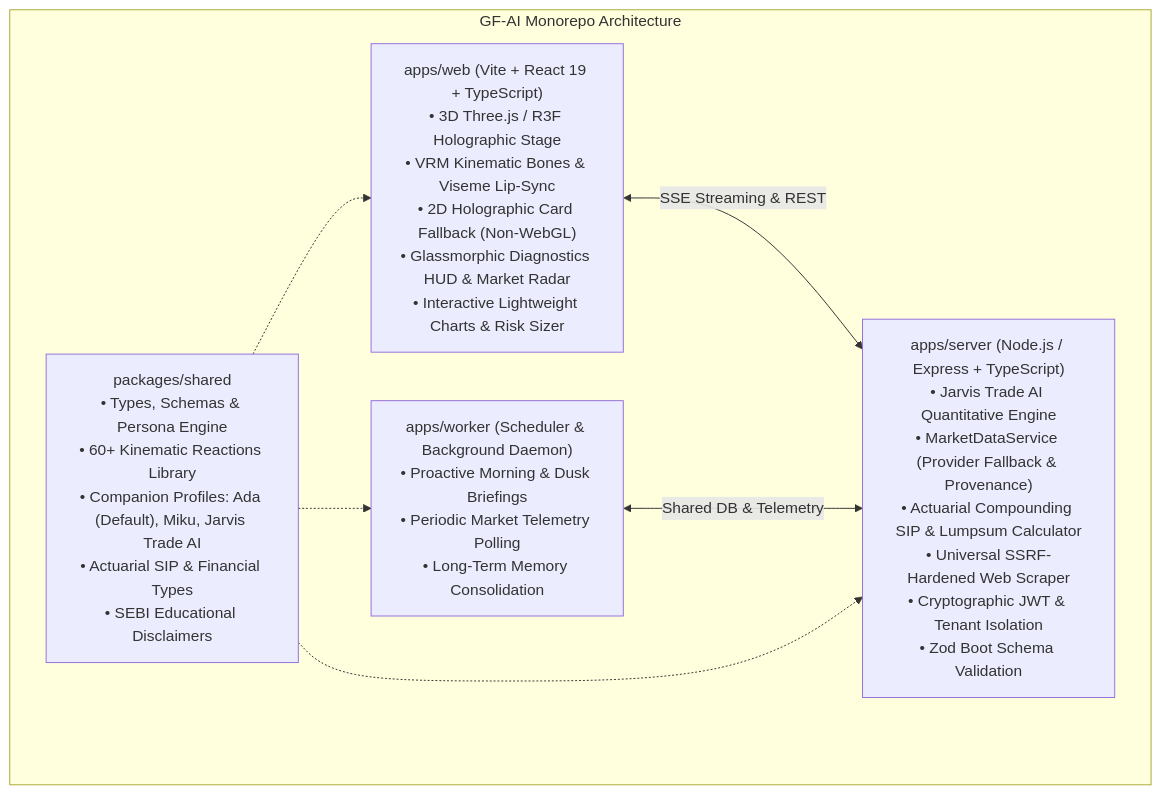
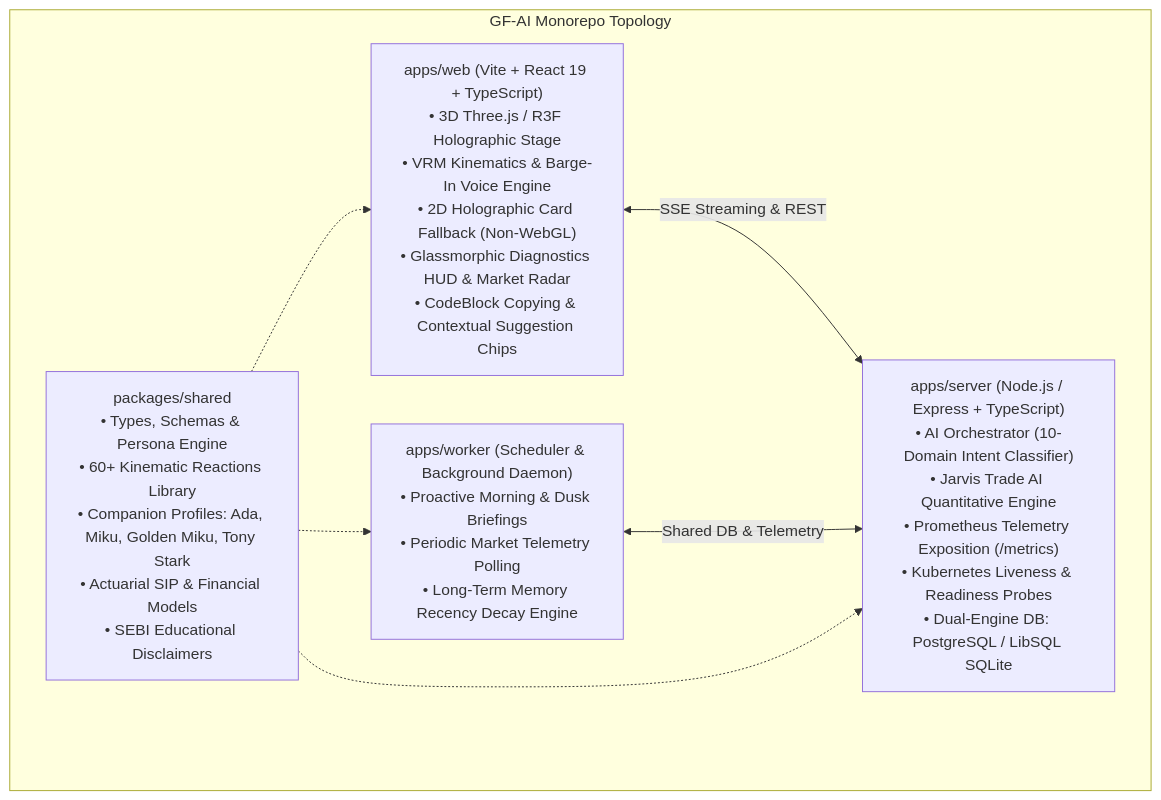
Before and after one commit to priyanrajj-hub/GF-AI: the diagram in README.md, drawn with Mermaid. The commit also changed other lines of this file and 88 other files, not shown here.

````diff
--- a/README.md
+++ b/README.md
@@ -37,15 +44,15 @@
 ```mermaid
 flowchart TB
-    subgraph Monorepo["GF-AI Monorepo Architecture"]
-        Shared["packages/shared<br/>• Types, Schemas & Persona Engine<br/>• 60+ Kinematic Reactions Library<br/>• Companion Profiles: Ada (Default), Miku, Jarvis Trade AI<br/>• Actuarial SIP & Financial Types<br/>• SEBI Educational Disclaimers"]
-        Web["apps/web (Vite + React 19 + TypeScript)<br/>• 3D Three.js / R3F Holographic Stage<br/>• VRM Kinematic Bones & Viseme Lip-Sync<br/>• 2D Holographic Card Fallback (Non-WebGL)<br/>• Glassmorphic Diagnostics HUD & Market Radar<br/>• Interactive Lightweight Charts & Risk Sizer"]
-        Server["apps/server (Node.js / Express + TypeScript)<br/>• Jarvis Trade AI Quantitative Engine<br/>• MarketDataService (Provider Fallback & Provenance)<br/>• Actuarial Compounding SIP & Lumpsum Calculator<br/>• Universal SSRF-Hardened Web Scraper<br/>• Cryptographic JWT & Tenant Isolation<br/>• Zod Boot Schema Validation"]
-        Worker["apps/worker (Scheduler & Background Daemon)<br/>• Proactive Morning & Dusk Briefings<br/>• Periodic Market Telemetry Polling<br/>• Long-Term Memory Consolidation"]
+    subgraph Monorepo["GF-AI Monorepo Topology"]
+        Shared["packages/shared<br/>• Types, Schemas & Persona Engine<br/>• 60+ Kinematic Reactions Library<br/>• Companion Profiles: Ada, Miku, Golden Miku, Tony Stark<br/>• Actuarial SIP & Financial Models<br/>• SEBI Educational Disclaimers"]
+        Web["apps/web (Vite + React 19 + TypeScript)<br/>• 3D Three.js / R3F Holographic Stage<br/>• VRM Kinematics & Barge-In Voice Engine<br/>• 2D Holographic Card Fallback (Non-WebGL)<br/>• Glassmorphic Diagnostics HUD & Market Radar<br/>• CodeBlock Copying & Contextual Suggestion Chips"]
+        Server["apps/server (Node.js / Express + TypeScript)<br/>• AI Orchestrator (10-Domain Intent Classifier)<br/>• Jarvis Trade AI Quantitative Engine<br/>• Prometheus Telemetry Exposition (/metrics)<br/>• Kubernetes Liveness & Readiness Probes<br/>• Dual-Engine DB: PostgreSQL / LibSQL SQLite"]
+        Worker["apps/worker (Scheduler & Background Daemon)<br/>• Proactive Morning & Dusk Briefings<br/>• Periodic Market Telemetry Polling<br/>• Long-Term Memory Recency Decay Engine"]
     end
 
     Web <-->|"SSE Streaming & REST"| Server
     Worker <-->|"Shared DB & Telemetry"| Server
     Shared -.-> Web
     Shared -.-> Server
     Shared -.-> Worker
 ```
````
